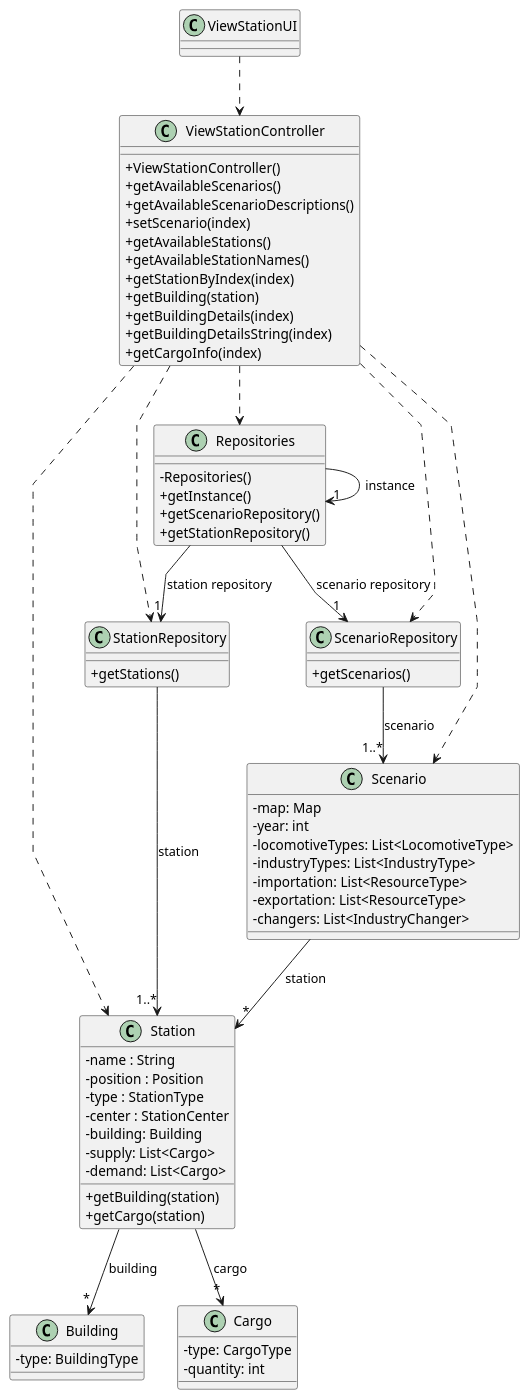
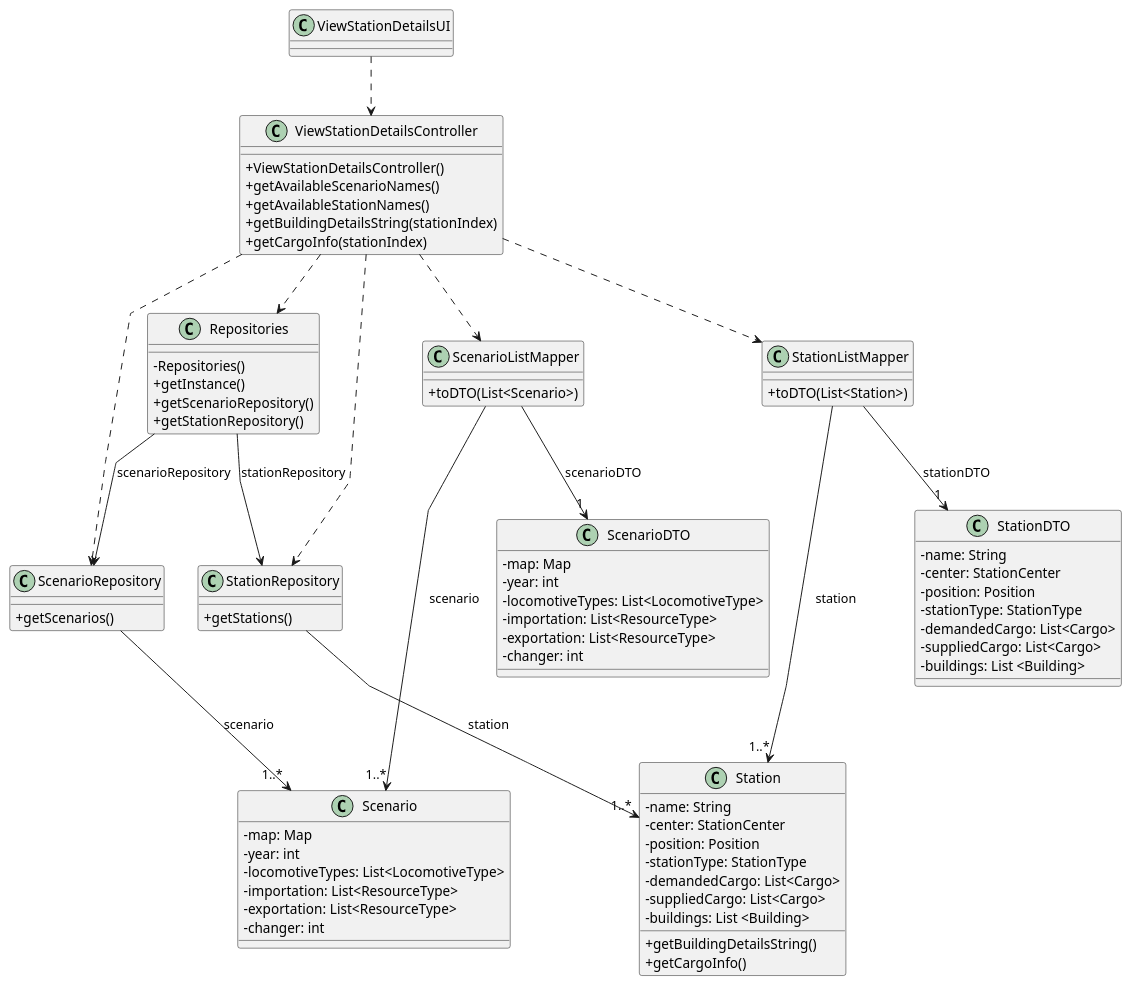
One commit to 1240935/pi2-railway-simulator changed the diagram in Sprint3/US007/03.design/puml/US007-CD.puml. Above: the diagram before and after it, drawn with PlantUML. The commit also changed 6 other files, not shown here.

```diff
--- a/Sprint3/US007/03.design/puml/US007-CD.puml
+++ b/Sprint3/US007/03.design/puml/US007-CD.puml
@@ -1,96 +1,110 @@
 @startuml
 'skinparam monochrome true
 skinparam packageStyle rectangle
 skinparam shadowing false
 skinparam linetype polyline
 'skinparam linetype orto
 
 skinparam classAttributeIconSize 0
 
 'left to right direction
 
 
-class ViewStationUI {
-}
-
-class ViewStationController {
-  +ViewStationController()
-  +getAvailableScenarios()
-  +getAvailableScenarioDescriptions()
-  +setScenario(index)
-  +getAvailableStations()
-  +getAvailableStationNames()
-  +getStationByIndex(index)
-  +getBuilding(station)
-  +getBuildingDetails(index)
-  +getBuildingDetailsString(index)
-  +getCargoInfo(index)
-}
-
-class Repositories {
-  -Repositories()
-  +getInstance()
-  +getScenarioRepository()
-  +getStationRepository()
-}
-
-class ScenarioRepository {
-  +getScenarios()
-}
-
-class StationRepository {
-  +getStations()
-}
-
-class Scenario {
-    -map: Map
-    -year: int
-    -locomotiveTypes: List<LocomotiveType>
-    -industryTypes: List<IndustryType>
-    -importation: List<ResourceType>
-    -exportation: List<ResourceType>
-    -changers: List<IndustryChanger>
-}
+    class ViewStationDetailsUI {
+    }
 
 
-class Station{
-    -name : String
-    -position : Position
-    -type : StationType
-    -center : StationCenter
-    -building: Building
-    -supply: List<Cargo>
-    -demand: List<Cargo>
-    +getBuilding(station)
-    +getCargo(station)
-}
-
-class Building {
-    -type: BuildingType
-}
-
-class Cargo {
-  -type: CargoType
-  -quantity: int
-}
+    class ViewStationDetailsController {
+        +ViewStationDetailsController()
+        +getAvailableScenarioNames()
+        +getAvailableStationNames()
+        +getBuildingDetailsString(stationIndex)
+        +getCargoInfo(stationIndex)
+    }
 
 
-ViewStationUI ..> ViewStationController
-ViewStationController ..> Repositories
-ViewStationController ..> ScenarioRepository
-ViewStationController ..> StationRepository
-ViewStationController ..> Scenario
-ViewStationController ..> Station
+    class Repositories {
+        -Repositories()
+        +getInstance()
+        +getScenarioRepository()
+        +getStationRepository()
+    }
 
-Repositories -> "1" Repositories : instance
-Repositories --> "1" ScenarioRepository : scenario repository
-Repositories --> "1" StationRepository : station repository
-ScenarioRepository --> "1..*" Scenario : scenario
-StationRepository --> "1..*" Station : station
-Scenario --> "*" Station : station
+    class ScenarioRepository {
+        +getScenarios()
+    }
 
-Station --> "*" Building : building
-Station --> "*" Cargo : cargo
+    class StationRepository {
+        +getStations()
+    }
+
+    class Scenario {
+        - map: Map
+            - year: int
+            - locomotiveTypes: List<LocomotiveType>
+            - importation: List<ResourceType>
+            - exportation: List<ResourceType>
+            - changer: int
+    }
+
+    class Station {
+        -name: String
+            -center: StationCenter
+            -position: Position
+            -stationType: StationType
+            -demandedCargo: List<Cargo>
+            -suppliedCargo: List<Cargo>
+            -buildings: List <Building>
+        +getBuildingDetailsString()
+        +getCargoInfo()
+    }
 
 
+    class ScenarioListMapper {
+        +toDTO(List<Scenario>)
+    }
+
+    class StationListMapper {
+        +toDTO(List<Station>)
+    }
+
+
+    class ScenarioDTO {
+        - map: Map
+            - year: int
+            - locomotiveTypes: List<LocomotiveType>
+            - importation: List<ResourceType>
+            - exportation: List<ResourceType>
+            - changer: int
+    }
+
+    class StationDTO {
+        -name: String
+            -center: StationCenter
+            -position: Position
+            -stationType: StationType
+            -demandedCargo: List<Cargo>
+            -suppliedCargo: List<Cargo>
+            -buildings: List <Building>
+    }
+
+    ViewStationDetailsUI ..> ViewStationDetailsController
+
+    ViewStationDetailsController ..> Repositories
+    ViewStationDetailsController ..> ScenarioRepository
+    ViewStationDetailsController ..> StationRepository
+    ViewStationDetailsController ..> ScenarioListMapper
+    ViewStationDetailsController ..> StationListMapper
+
+    Repositories --> ScenarioRepository: scenarioRepository
+    Repositories --> StationRepository: stationRepository
+
+    StationRepository --> "1..*" Station: station
+    ScenarioRepository --> "1..*" Scenario: scenario
+
+    ScenarioListMapper --> "1" ScenarioDTO: scenarioDTO
+    ScenarioListMapper --> "1..*" Scenario: scenario
+    StationListMapper --> "1" StationDTO: stationDTO
+    StationListMapper --> "1..*" Station: station
+
 @enduml
```
